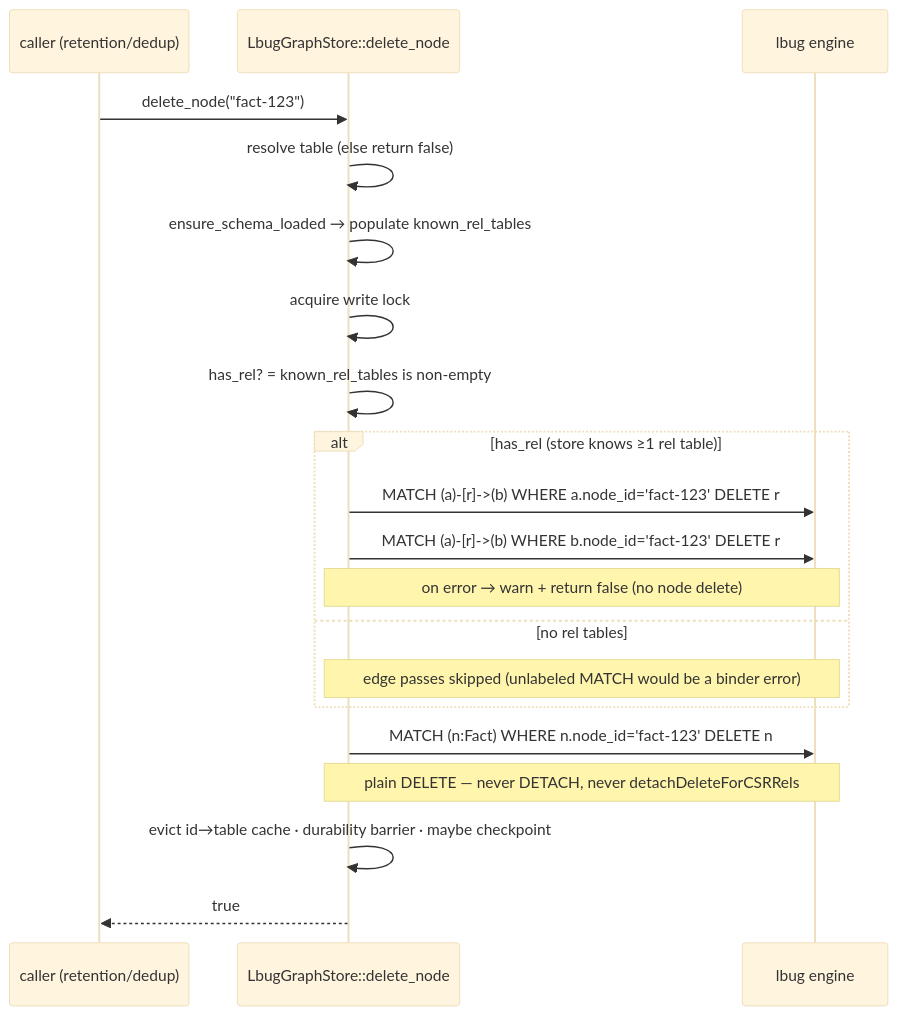
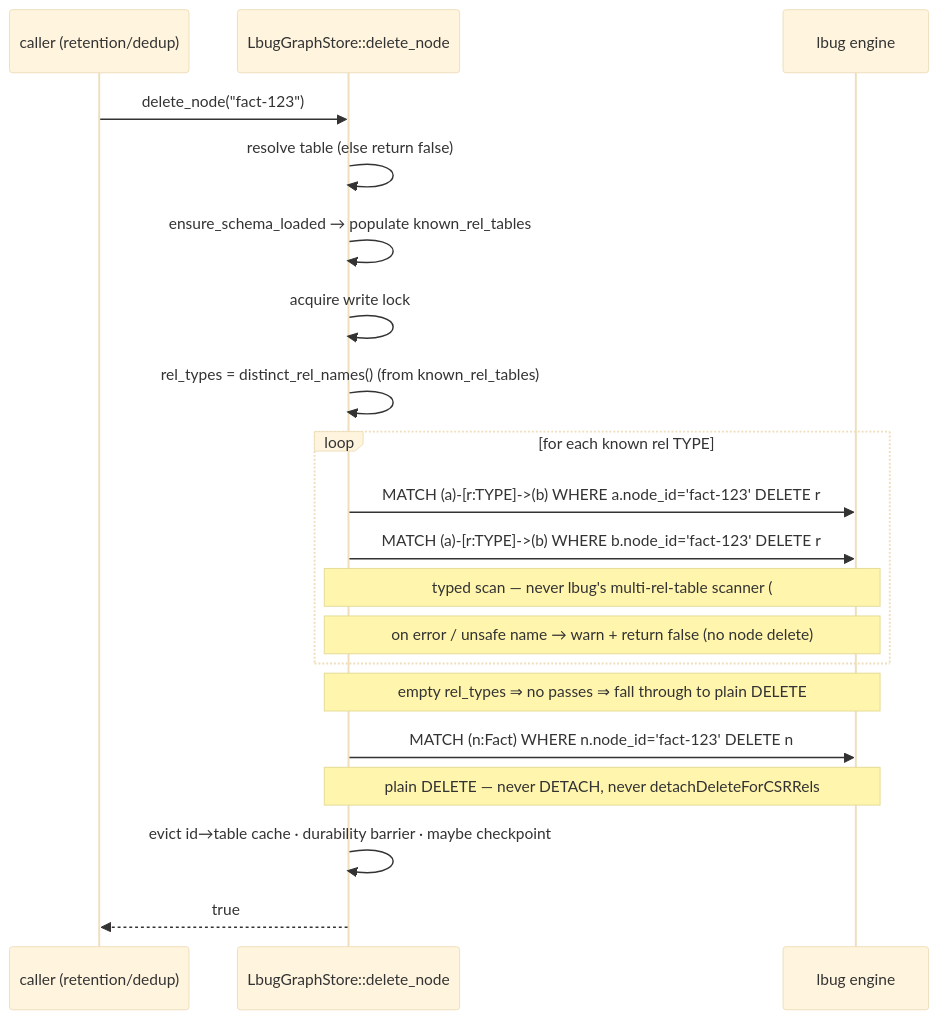
Before and after one commit to rysweet/amplihack-memory-lib: the diagram in rust/amplihack-memory/docs/safe_node_deletion.md, drawn with Mermaid (base theme). The commit also changed other lines of this file and 2 other files, not shown here.

````diff
--- a/rust/amplihack-memory/docs/safe_node_deletion.md
+++ b/rust/amplihack-memory/docs/safe_node_deletion.md
@@ -160,22 +180,22 @@
 ```mermaid
 sequenceDiagram
     participant C as caller (retention/dedup)
     participant S as LbugGraphStore::delete_node
     participant E as lbug engine
     C->>S: delete_node("fact-123")
     S->>S: resolve table (else return false)
     S->>S: ensure_schema_loaded → populate known_rel_tables
     S->>S: acquire write lock
-    S->>S: has_rel? = known_rel_tables is non-empty
-    alt has_rel (store knows ≥1 rel table)
-        S->>E: MATCH (a)-[r]->(b) WHERE a.node_id='fact-123' DELETE r
-        S->>E: MATCH (a)-[r]->(b) WHERE b.node_id='fact-123' DELETE r
-        Note over S,E: on error → warn + return false (no node delete)
-    else no rel tables
-        Note over S,E: edge passes skipped (unlabeled MATCH would be a binder error)
+    S->>S: rel_types = distinct_rel_names() (from known_rel_tables)
+    loop for each known rel TYPE
+        S->>E: MATCH (a)-[r:TYPE]->(b) WHERE a.node_id='fact-123' DELETE r
+        S->>E: MATCH (a)-[r:TYPE]->(b) WHERE b.node_id='fact-123' DELETE r
+        Note over S,E: typed scan — never lbug's multi-rel-table scanner (#100)
+        Note over S,E: on error / unsafe name → warn + return false (no node delete)
     end
+    Note over S,E: empty rel_types ⇒ no passes ⇒ fall through to plain DELETE
     S->>E: MATCH (n:Fact) WHERE n.node_id='fact-123' DELETE n
     Note over S,E: plain DELETE — never DETACH, never detachDeleteForCSRRels
     S->>S: evict id→table cache · durability barrier · maybe checkpoint
     S-->>C: true
 ```
````
